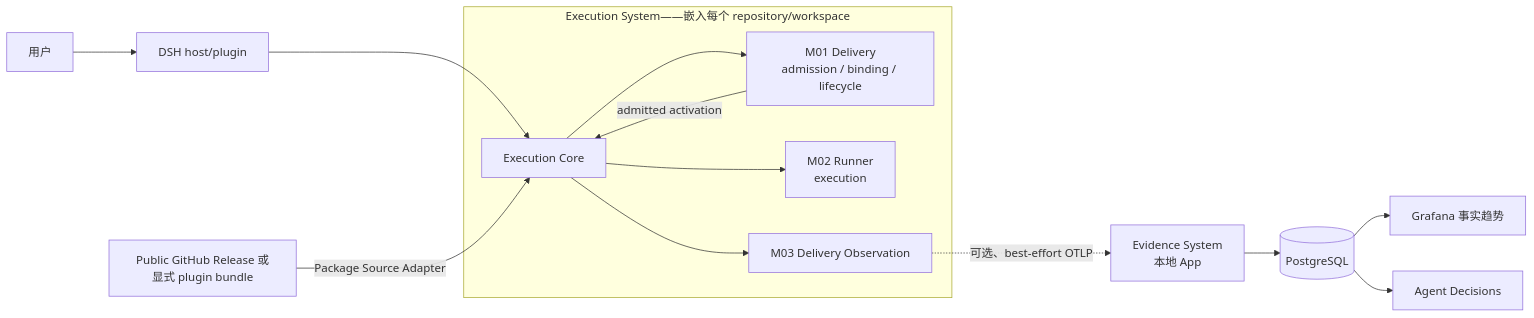
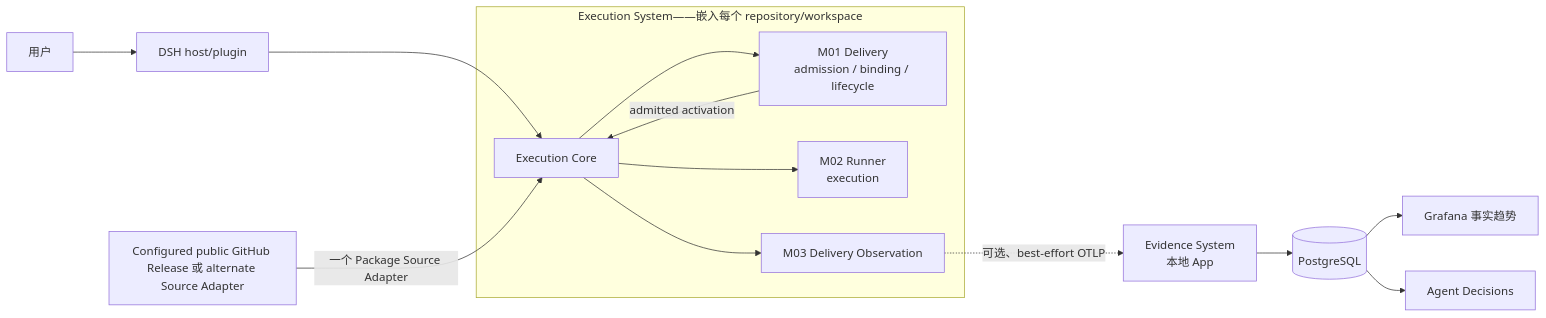
One commit to firestige/workflow-self-recursive changed the diagram in docs/agent-architecture.zh-CN.md. Above: the diagram before and after it, drawn with Mermaid. The commit also changed other lines of this file and 5 other files, not shown here.

````diff
--- a/docs/agent-architecture.zh-CN.md
+++ b/docs/agent-architecture.zh-CN.md
@@ -45,16 +45,16 @@
 ```mermaid
 flowchart LR
     U["用户"] --> H["DSH host/plugin"]
     subgraph X["Execution System——嵌入每个 repository/workspace"]
       Core["Execution Core"] --> D["M01 Delivery<br/>admission / binding / lifecycle"]
       D -->|"admitted activation"| Core
       Core --> R["M02 Runner<br/>execution"]
       Core --> O["M03 Delivery Observation"]
     end
     H --> Core
-    S["Public GitHub Release 或显式 plugin bundle"] -->|"Package Source Adapter"| Core
+    S["Configured public GitHub Release 或 alternate Source Adapter"] -->|"一个 Package Source Adapter"| Core
     O -. "可选、best-effort OTLP" .-> E["Evidence System<br/>本地 App"]
     E --> P[("PostgreSQL")]
     P --> G["Grafana 事实趋势"]
     P --> A["Agent Decisions"]
 ```
````
